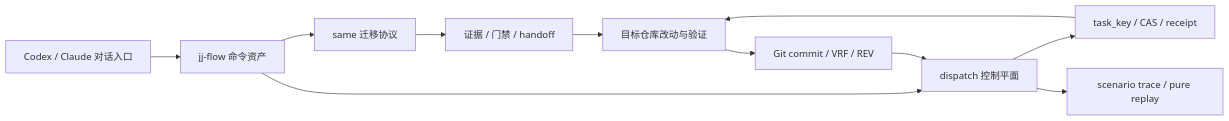
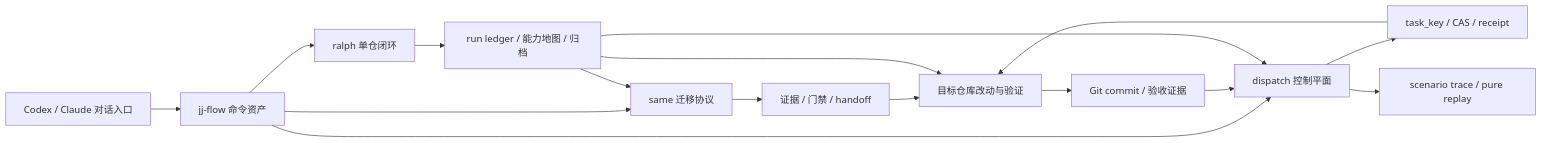
One commit to beerui/jj-flow changed the first of 2 diagrams in docs/architecture.md. Above: the diagram before and after it, drawn with Mermaid. The commit also changed other lines of this file and 71 other files, not shown here.

````diff
--- a/docs/architecture.md
+++ b/docs/architecture.md
@@ -11,13 +11,18 @@
 ```mermaid
 flowchart LR
   A[Codex / Claude 对话入口] --> B[jj-flow 命令资产]
   B --> C[same 迁移协议]
+  B --> R[ralph 单仓闭环]
   B --> D[dispatch 控制平面]
   C --> E[证据 / 门禁 / handoff]
+  R --> M[run ledger / 能力地图 / 归档]
   D --> F[task_key / CAS / receipt]
   E --> G[目标仓库改动与验证]
+  M --> G
   F --> G
-  G --> H[Git commit / VRF / REV]
+  G --> H[Git commit / 验收证据]
   H --> D
+  M --> C
+  M --> D
   D --> I[scenario trace / pure replay]
 ```
````
